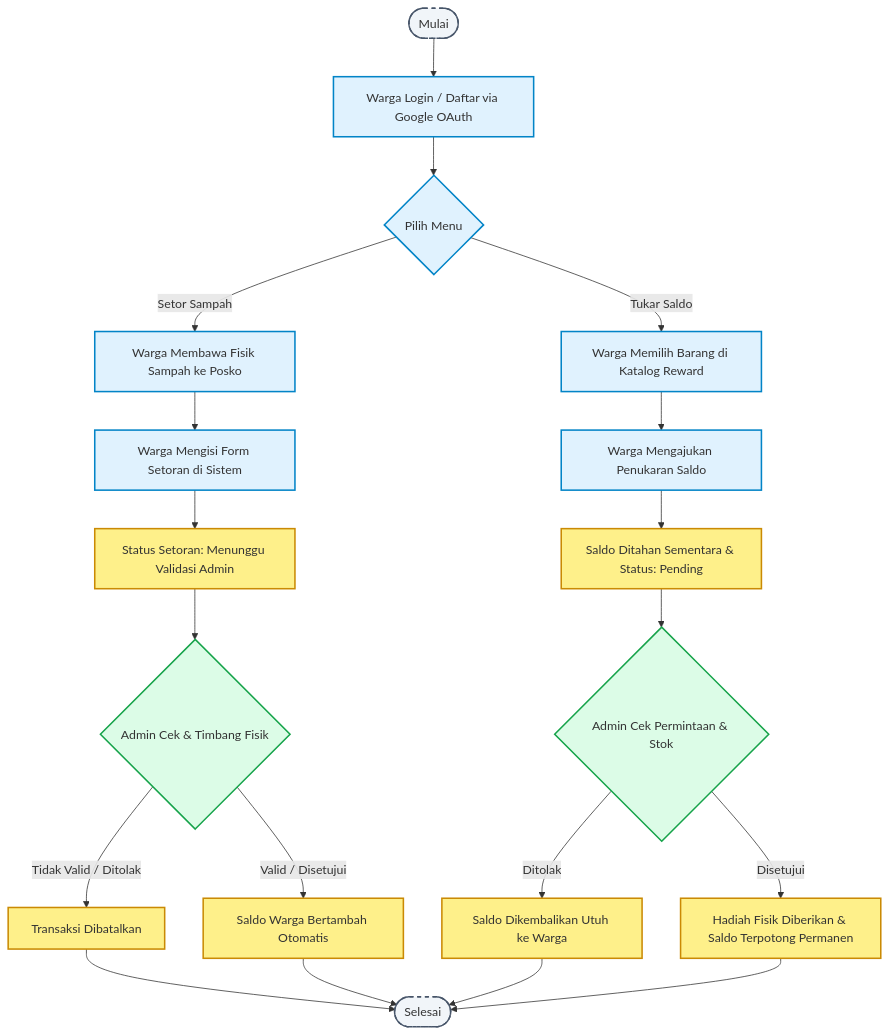
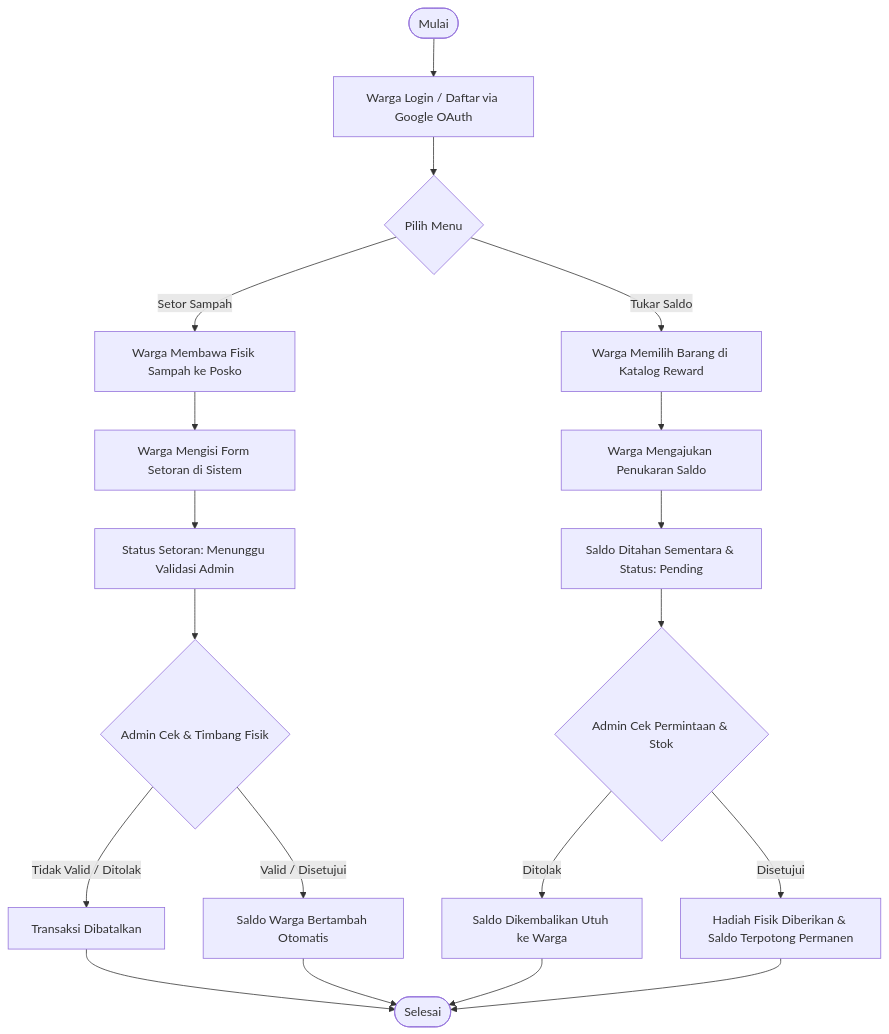
Before and after one commit to lukman123-creator/Bank_Sampah: the diagram in README.md, drawn with Mermaid.

Commit message:
docs: remove custom mermaid styling for dark mode readability

````diff
--- a/README.md
+++ b/README.md
@@ -33,42 +33,30 @@
 ```mermaid
 flowchart TD
-    %% Penentuan Warna (Styling)
-    classDef userNode fill:#e0f2fe,stroke:#0284c7,stroke-width:2px;
-    classDef adminNode fill:#dcfce7,stroke:#16a34a,stroke-width:2px;
-    classDef systemNode fill:#fef08a,stroke:#ca8a04,stroke-width:2px;
-    classDef startEnd fill:#f1f5f9,stroke:#475569,stroke-width:2px,stroke-dasharray: 5 5;
-
     %% Alur Kerja
     Start([Mulai]) --> Auth[Warga Login / Daftar via Google OAuth]
     Auth --> Aksi{Pilih Menu}
     
     %% Alur Setor Sampah
     Aksi -->|Setor Sampah| Setor1[Warga Membawa Fisik Sampah ke Posko]
     Setor1 --> Setor2[Warga Mengisi Form Setoran di Sistem]
     Setor2 --> Setor3[Status Setoran: Menunggu Validasi Admin]
     
     Setor3 --> ValSetor{Admin Cek & Timbang Fisik}
     ValSetor -->|Tidak Valid / Ditolak| BatalSetor[Transaksi Dibatalkan]
     ValSetor -->|Valid / Disetujui| SuksesSetor[Saldo Warga Bertambah Otomatis]
 
     %% Alur Tukar Saldo (Reward)
     Aksi -->|Tukar Saldo| Tukar1[Warga Memilih Barang di Katalog Reward]
     Tukar1 --> Tukar2[Warga Mengajukan Penukaran Saldo]
     Tukar2 --> Tukar3[Saldo Ditahan Sementara & Status: Pending]
 
     Tukar3 --> ValTukar{Admin Cek Permintaan & Stok}
     ValTukar -->|Ditolak| BatalTukar[Saldo Dikembalikan Utuh ke Warga]
     ValTukar -->|Disetujui| SuksesTukar[Hadiah Fisik Diberikan & Saldo Terpotong Permanen]
 
     %% Selesai
     BatalSetor --> Selesai([Selesai])
     SuksesSetor --> Selesai
     BatalTukar --> Selesai
     SuksesTukar --> Selesai
-
-    %% Penerapan Warna
-    class Start,Selesai startEnd;
-    class Auth,Aksi,Setor1,Setor2,Tukar1,Tukar2 userNode;
-    class Setor3,BatalSetor,SuksesSetor,Tukar3,BatalTukar,SuksesTukar systemNode;
-    class ValSetor,ValTukar adminNode;
 ```
````
